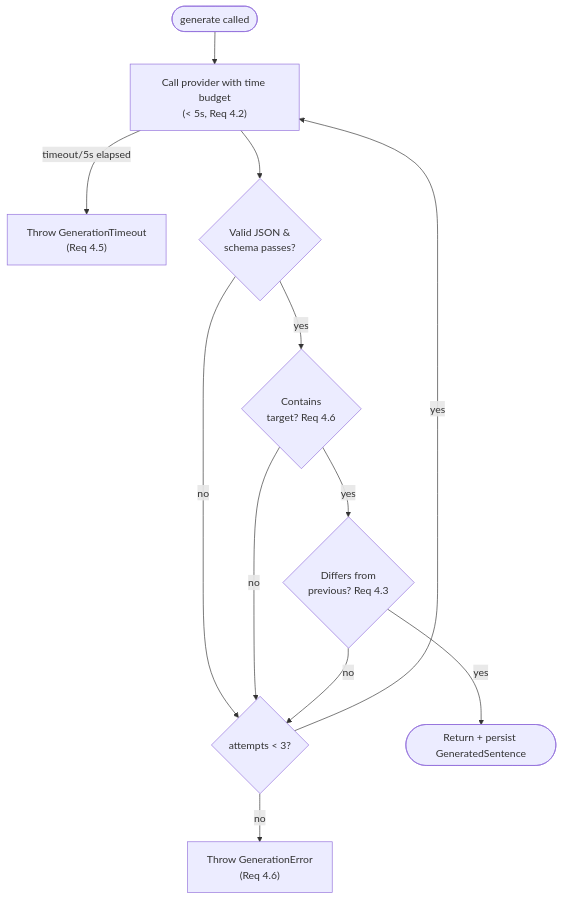
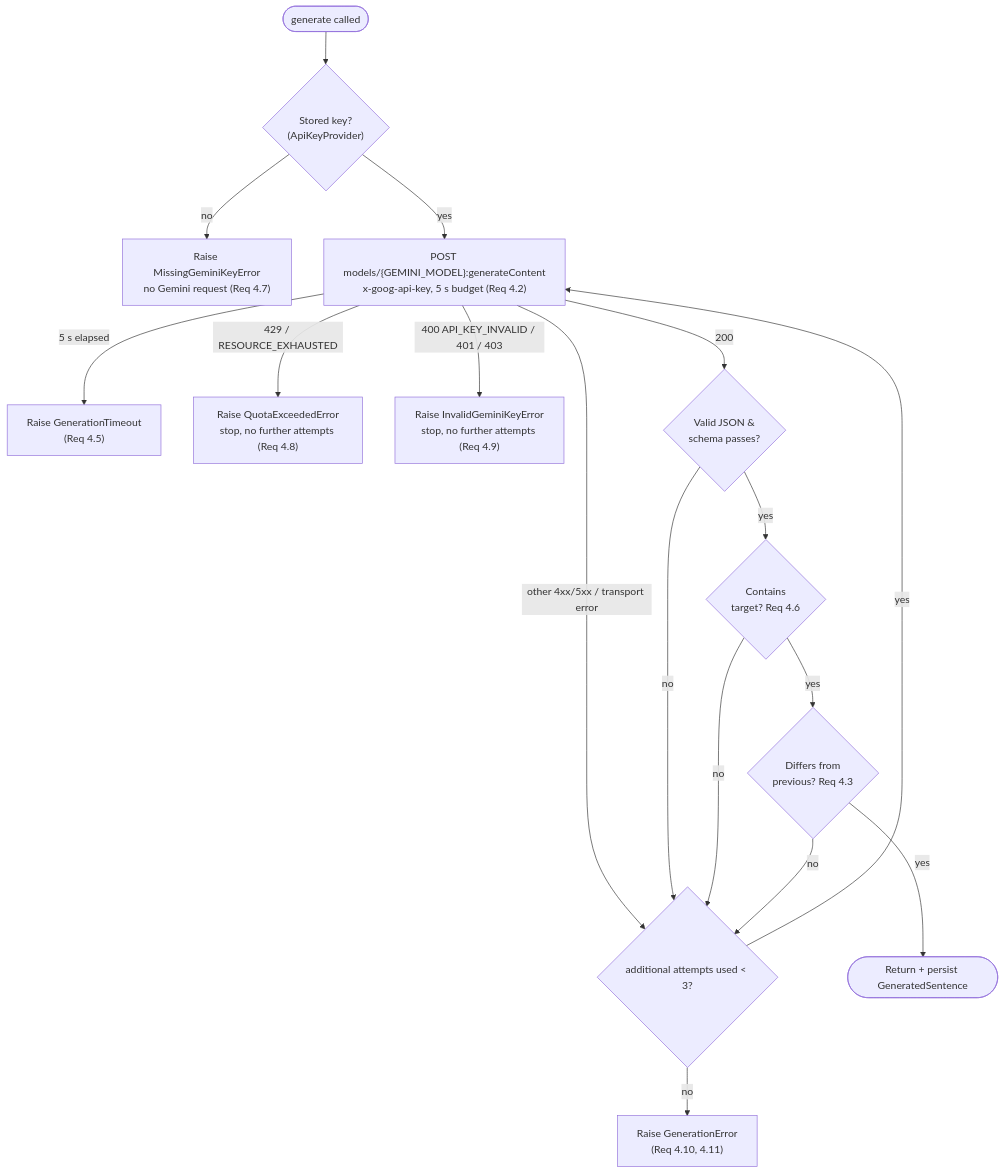
Before and after one commit to gxjudie/word_memorizing_program: the sixth of 6 diagrams in .kiro/specs/japanese-vocab-trainer/design.md, drawn with Mermaid. The commit also changed other lines of this file and 99 other files, not shown here.

````diff
--- a/.kiro/specs/japanese-vocab-trainer/design.md
+++ b/.kiro/specs/japanese-vocab-trainer/design.md
@@ -326,14 +1285,19 @@
 ```mermaid
 flowchart TD
-    Start([generate called]) --> Call["Call provider with time budget<br/>(< 5s, Req 4.2)"]
-    Call -->|timeout/5s elapsed| Timeout["Throw GenerationTimeout<br/>(Req 4.5)"]
-    Call --> Parse{Valid JSON &<br/>schema passes?}
+    Start([generate called]) --> Key{"Stored key?<br/>(ApiKeyProvider)"}
+    Key -->|no| Missing["Raise MissingGeminiKeyError<br/>no Gemini request (Req 4.7)"]
+    Key -->|yes| Call["POST models/{GEMINI_MODEL}:generateContent<br/>x-goog-api-key, 5 s budget (Req 4.2)"]
+    Call -->|"5 s elapsed"| Timeout["Raise GenerationTimeout<br/>(Req 4.5)"]
+    Call -->|"429 / RESOURCE_EXHAUSTED"| Quota["Raise QuotaExceededError<br/>stop, no further attempts (Req 4.8)"]
+    Call -->|"400 API_KEY_INVALID / 401 / 403"| Invalid["Raise InvalidGeminiKeyError<br/>stop, no further attempts (Req 4.9)"]
+    Call -->|"other 4xx/5xx / transport error"| Retry
+    Call -->|200| Parse{"Valid JSON &<br/>schema passes?"}
     Parse -->|no| Retry
-    Parse -->|yes| HasTarget{Contains<br/>target? Req 4.6}
+    Parse -->|yes| HasTarget{"Contains<br/>target? Req 4.6"}
     HasTarget -->|no| Retry
-    HasTarget -->|yes| Differs{Differs from<br/>previous? Req 4.3}
+    HasTarget -->|yes| Differs{"Differs from<br/>previous? Req 4.3"}
     Differs -->|no| Retry
     Differs -->|yes| OK([Return + persist GeneratedSentence])
-    Retry{attempts < 3?} -->|yes| Call
-    Retry -->|no| Fail["Throw GenerationError<br/>(Req 4.6)"]
+    Retry{"additional attempts used < 3?"} -->|yes| Call
+    Retry -->|no| Fail["Raise GenerationError<br/>(Req 4.10, 4.11)"]
 ```
````
